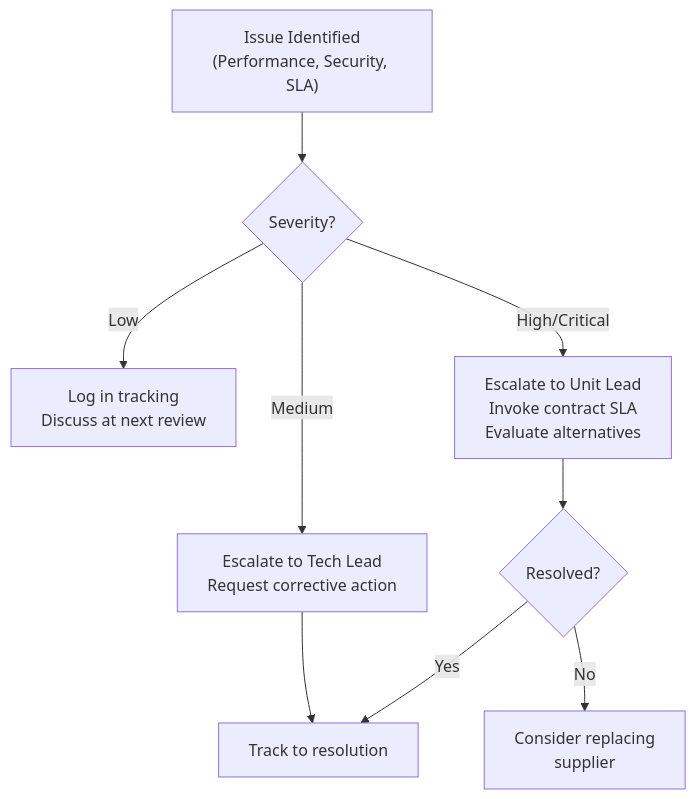
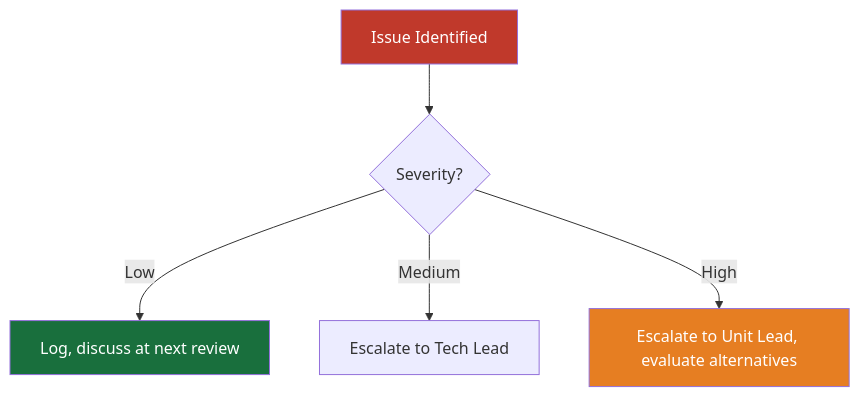
Before and after one commit to fwornle/iso-9001: the diagram in docs/operations/supplier-evaluation.md, drawn with Mermaid. The commit also changed other lines of this file and 41 other files, not shown here.

````diff
--- a/docs/operations/supplier-evaluation.md
+++ b/docs/operations/supplier-evaluation.md
@@ -89,11 +58,10 @@
-```mermaid
-graph TD
-    A["Issue Identified<br/>(Performance, Security, SLA)"] --> B{"Severity?"}
-    B -->|Low| C["Log in tracking<br/>Discuss at next review"]
-    B -->|Medium| D["Escalate to Tech Lead<br/>Request corrective action"]
-    B -->|High/Critical| E["Escalate to Unit Lead<br/>Invoke contract SLA<br/>Evaluate alternatives"]
-    D --> F["Track to resolution"]
-    E --> G{"Resolved?"}
-    G -->|Yes| F
-    G -->|No| H["Consider replacing<br/>supplier"]
-```
+    ```mermaid
+    graph TD
+        A["Issue Identified"] --> B{"Severity?"}
+        B -->|Low| C["Log, discuss at next review"]
+        B -->|Medium| D["Escalate to Tech Lead"]
+        B -->|High| E["Escalate to Unit Lead, evaluate alternatives"]
+        style A fill:#c0392b,color:#fff
+        style C fill:#196f3d,color:#fff
+        style E fill:#e67e22,color:#fff
+    ```
````
